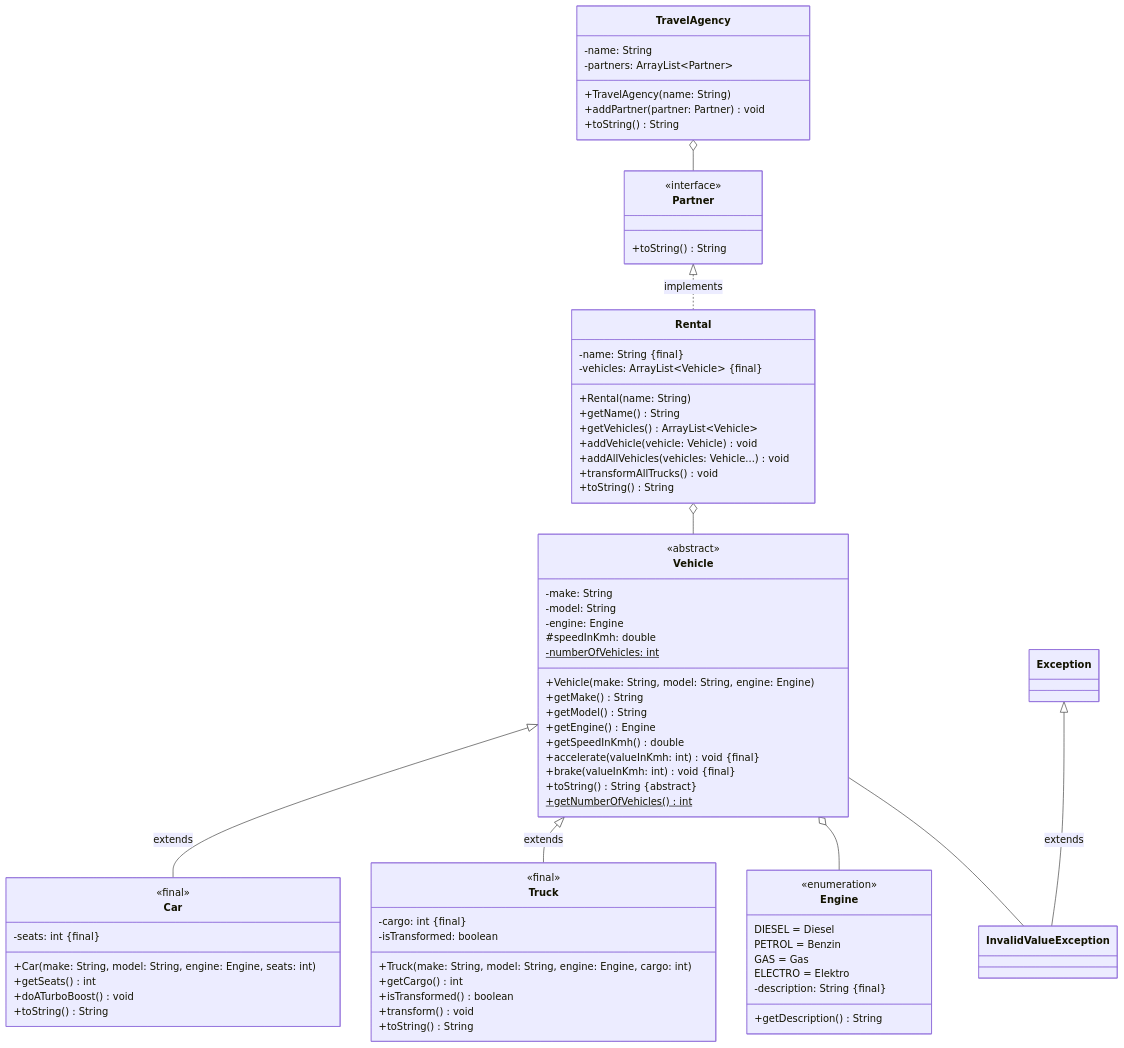
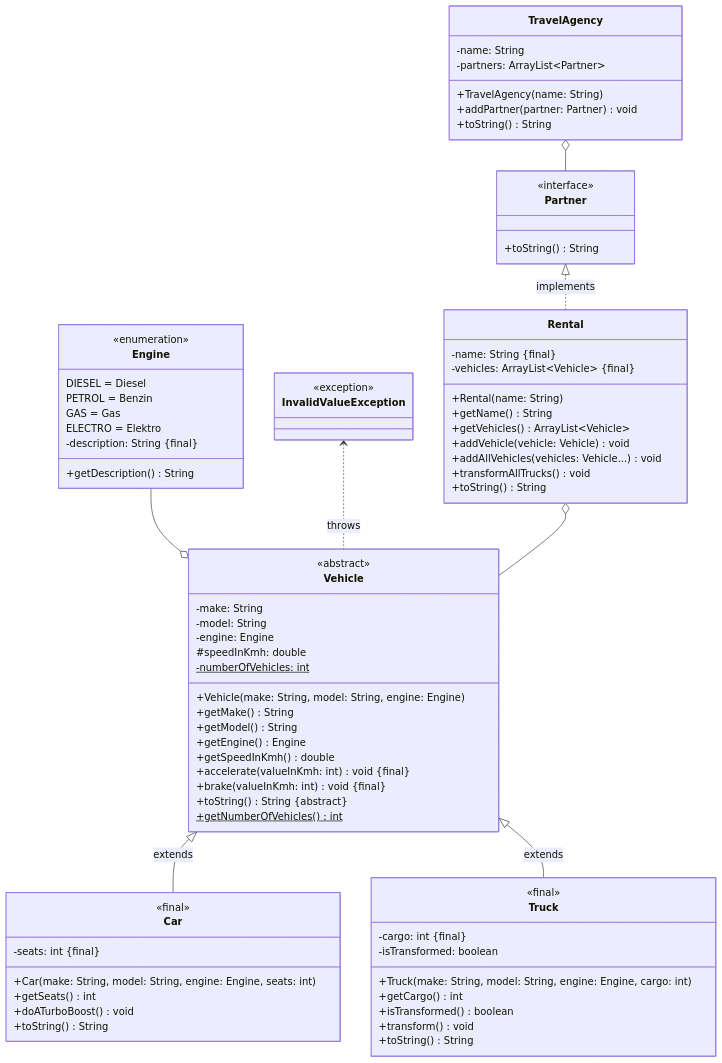
Before and after one commit to jappuccini/java-docs: the diagram in docs/exercises/exceptions/exceptions01.mdx, drawn with Mermaid. The commit also changed other lines of this file and 36 other files, not shown here.

````diff
--- a/docs/exercises/exceptions/exceptions01.mdx
+++ b/docs/exercises/exceptions/exceptions01.mdx
@@ -16,12 +17,11 @@
 classDiagram
     Vehicle <|-- Car : extends
     Vehicle <|-- Truck : extends
-    Vehicle o-- Engine
-    Vehicle -- InvalidValueException
+    Engine --o Vehicle
+    InvalidValueException <.. Vehicle : throws
     Rental o-- Vehicle
     Partner <|.. Rental : implements
     TravelAgency o-- Partner
-    Exception <|-- InvalidValueException : extends
 
     class Vehicle {
         <<abstract>>
@@ -98,8 +98,6 @@
     }
 
     class InvalidValueException {
-    }
-
-    class Exception {
+    	<<exception>>
     }
 ```
````
